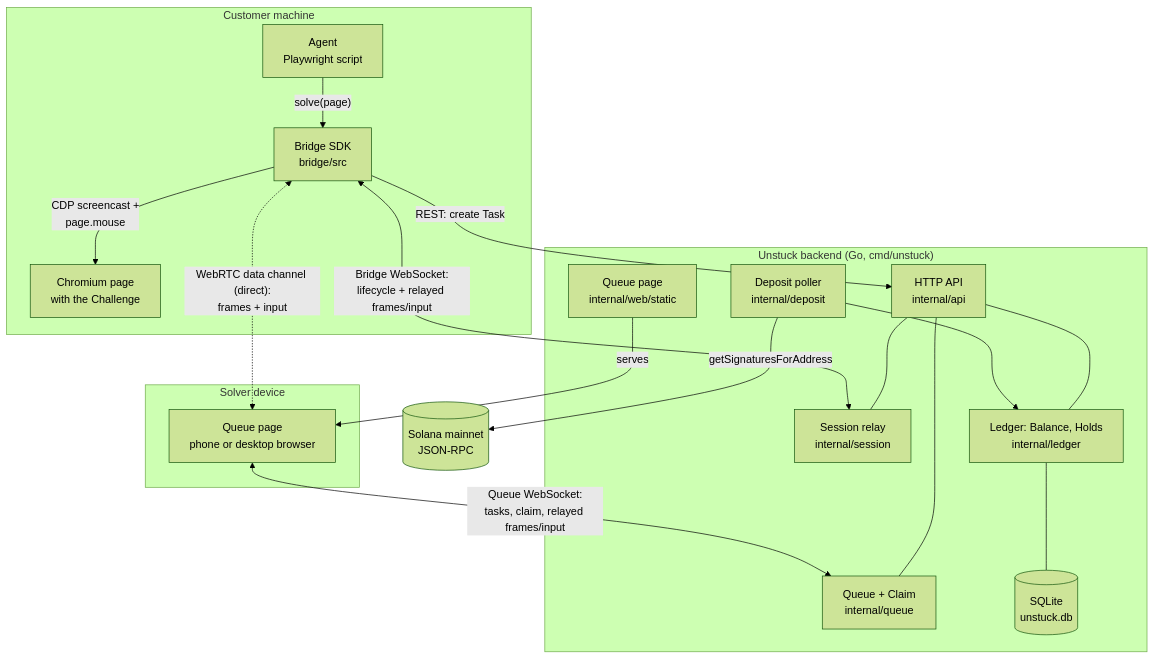
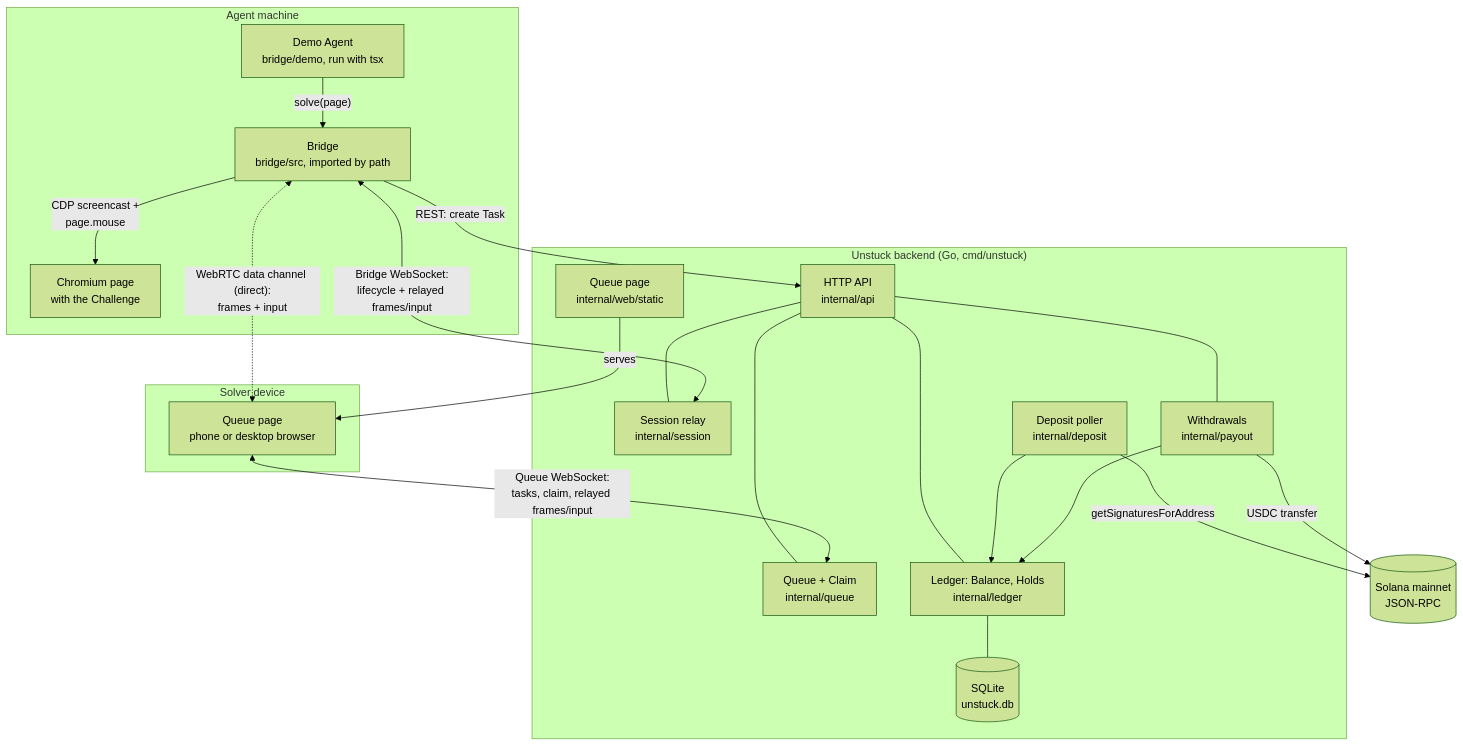
Before and after one commit to yuchia329/unstuck: the fourth of 6 diagrams in README.md, drawn with Mermaid (forest theme). The commit also changed other lines of this file, not shown here.

First line of the commit message:
Describe the Bridge as in-repo source in the README, not an npm package

````diff
--- a/README.md
+++ b/README.md
@@ -187,36 +195,39 @@
 ```mermaid
 flowchart TB
-    subgraph Customer machine
-        AG[Agent<br/>Playwright script]
-        BR[Bridge SDK<br/>bridge/src]
+    subgraph Agent machine
+        AG[Demo Agent<br/>bridge/demo, run with tsx]
+        BR[Bridge<br/>bridge/src, imported by path]
         CH[Chromium page<br/>with the Challenge]
         AG -- "solve(page)" --> BR
         BR -- "CDP screencast +<br/>page.mouse" --> CH
     end
 
     subgraph Backend ["Unstuck backend (Go, cmd/unstuck)"]
         API[HTTP API<br/>internal/api]
         Q[Queue + Claim<br/>internal/queue]
         SE[Session relay<br/>internal/session]
         LE[Ledger: Balance, Holds<br/>internal/ledger]
         DE[Deposit poller<br/>internal/deposit]
+        PO[Withdrawals<br/>internal/payout]
         DB[(SQLite<br/>unstuck.db)]
         WEB[Queue page<br/>internal/web/static]
-        API --- Q & SE & LE
+        API --- Q & SE & LE & PO
         LE --- DB
         DE --> LE
+        PO --> LE
     end
 
     subgraph Solver device
         QP[Queue page<br/>phone or desktop browser]
     end
 
     SOL[(Solana mainnet<br/>JSON-RPC)]
 
     BR -- "REST: create Task" --> API
     BR <-- "Bridge WebSocket:<br/>lifecycle + relayed frames/input" --> SE
     QP <-- "Queue WebSocket:<br/>tasks, claim, relayed frames/input" --> Q
     WEB -- "serves" --> QP
     DE -- "getSignaturesForAddress" --> SOL
+    PO -- "USDC transfer" --> SOL
     BR <-. "WebRTC data channel (direct):<br/>frames + input" .-> QP
 ```
````
